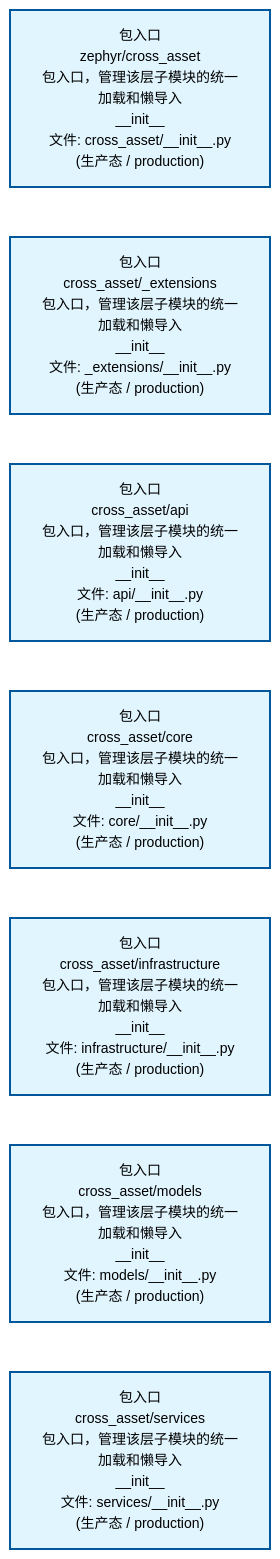
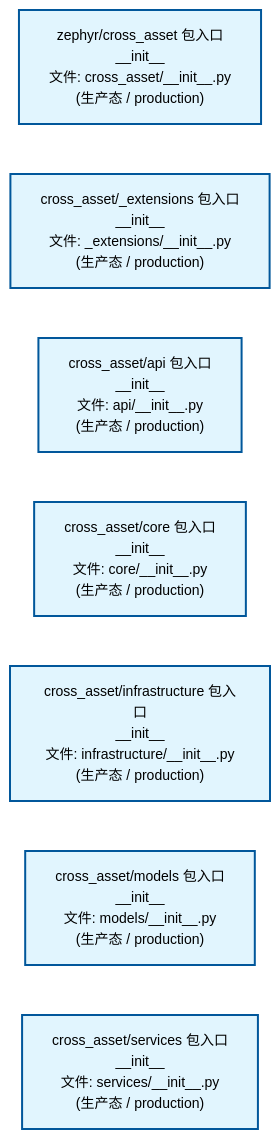
The first of 2 diagrams in docs/02_enterprise_architecture/02_domain_architecture_docs/40_d_cross_asset.md (xuanFelixVan/ZephyrAlpha), drawn with Mermaid before and after one commit. The commit also changed other lines of this file and 61 other files, not shown here.

````diff
--- a/docs/02_enterprise_architecture/02_domain_architecture_docs/40_d_cross_asset.md
+++ b/docs/02_enterprise_architecture/02_domain_architecture_docs/40_d_cross_asset.md
@@ -53,22 +53,22 @@
 ```mermaid
 %%{init: {'theme': 'base', 'themeVariables': {'primaryColor': '#eaeaea', 'primaryTextColor': '#333333', 'primaryBorderColor': '#666666', 'lineColor': '#666666', 'secondaryColor': '#eaeaea', 'tertiaryColor': '#eaeaea', 'fontSize': '14px'}}}%%
 flowchart TD
-    src_zephyr_cross_asset_init_py["包入口<br/>zephyr/cross_asset<br/>包入口，管理该层子模块的统一加载和懒导入<br/>__init__<br/>文件: cross_asset/__init__.py<br/>(生产态 / production)"]
-    src_zephyr_cross_asset_extensions_init_py["包入口<br/>cross_asset/_extensions<br/>包入口，管理该层子模块的统一加载和懒导入<br/>__init__<br/>文件: _extensions/__init__.py<br/>(生产态 / production)"]
-    src_zephyr_cross_asset_api_init_py["包入口<br/>cross_asset/api<br/>包入口，管理该层子模块的统一加载和懒导入<br/>__init__<br/>文件: api/__init__.py<br/>(生产态 / production)"]
-    src_zephyr_cross_asset_core_init_py["包入口<br/>cross_asset/core<br/>包入口，管理该层子模块的统一加载和懒导入<br/>__init__<br/>文件: core/__init__.py<br/>(生产态 / production)"]
-    src_zephyr_cross_asset_infrastructure_init_py["包入口<br/>cross_asset/infrastructure<br/>包入口，管理该层子模块的统一加载和懒导入<br/>__init__<br/>文件: infrastructure/__init__.py<br/>(生产态 / production)"]
-    src_zephyr_cross_asset_models_init_py["包入口<br/>cross_asset/models<br/>包入口，管理该层子模块的统一加载和懒导入<br/>__init__<br/>文件: models/__init__.py<br/>(生产态 / production)"]
-    src_zephyr_cross_asset_services_init_py["包入口<br/>cross_asset/services<br/>包入口，管理该层子模块的统一加载和懒导入<br/>__init__<br/>文件: services/__init__.py<br/>(生产态 / production)"]
+    src_zephyr_cross_asset_init_py["zephyr/cross_asset 包入口<br/>__init__<br/>文件: cross_asset/__init__.py<br/>(生产态 / production)"]
+    src_zephyr_cross_asset_extensions_init_py["cross_asset/_extensions 包入口<br/>__init__<br/>文件: _extensions/__init__.py<br/>(生产态 / production)"]
+    src_zephyr_cross_asset_api_init_py["cross_asset/api 包入口<br/>__init__<br/>文件: api/__init__.py<br/>(生产态 / production)"]
+    src_zephyr_cross_asset_core_init_py["cross_asset/core 包入口<br/>__init__<br/>文件: core/__init__.py<br/>(生产态 / production)"]
+    src_zephyr_cross_asset_infrastructure_init_py["cross_asset/infrastructure 包入口<br/>__init__<br/>文件: infrastructure/__init__.py<br/>(生产态 / production)"]
+    src_zephyr_cross_asset_models_init_py["cross_asset/models 包入口<br/>__init__<br/>文件: models/__init__.py<br/>(生产态 / production)"]
+    src_zephyr_cross_asset_services_init_py["cross_asset/services 包入口<br/>__init__<br/>文件: services/__init__.py<br/>(生产态 / production)"]
     src_zephyr_cross_asset_init_py ~~~ src_zephyr_cross_asset_extensions_init_py
     src_zephyr_cross_asset_extensions_init_py ~~~ src_zephyr_cross_asset_api_init_py
     src_zephyr_cross_asset_api_init_py ~~~ src_zephyr_cross_asset_core_init_py
     src_zephyr_cross_asset_core_init_py ~~~ src_zephyr_cross_asset_infrastructure_init_py
     src_zephyr_cross_asset_infrastructure_init_py ~~~ src_zephyr_cross_asset_models_init_py
     src_zephyr_cross_asset_models_init_py ~~~ src_zephyr_cross_asset_services_init_py
     classDef production fill:#e1f5fe,stroke:#01579b,stroke-width:2px,color:#000
     classDef design fill:#fff3e0,stroke:#e65100,stroke-width:2px,color:#000,stroke-dasharray: 5 5
     classDef external_prod fill:#e8f4fd,stroke:#0277bd,stroke-width:1px,color:#000
     classDef external_design fill:#fff8e7,stroke:#ef6c00,stroke-width:1px,color:#000,stroke-dasharray: 5 5
     class src_zephyr_cross_asset_init_py,src_zephyr_cross_asset_extensions_init_py,src_zephyr_cross_asset_api_init_py,src_zephyr_cross_asset_core_init_py,src_zephyr_cross_asset_infrastructure_init_py,src_zephyr_cross_asset_models_init_py,src_zephyr_cross_asset_services_init_py production
 ```
````
